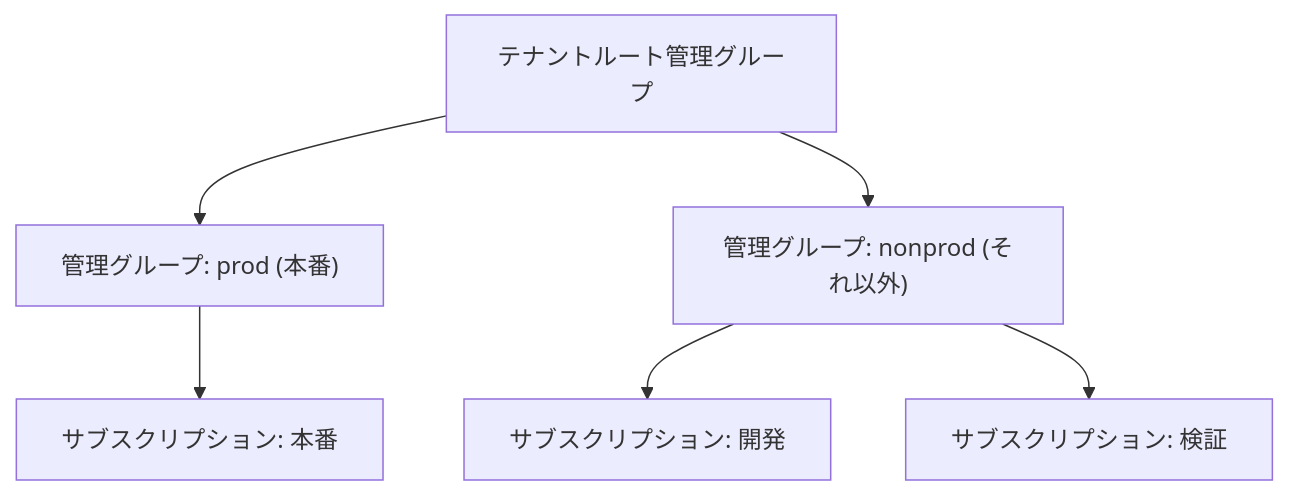
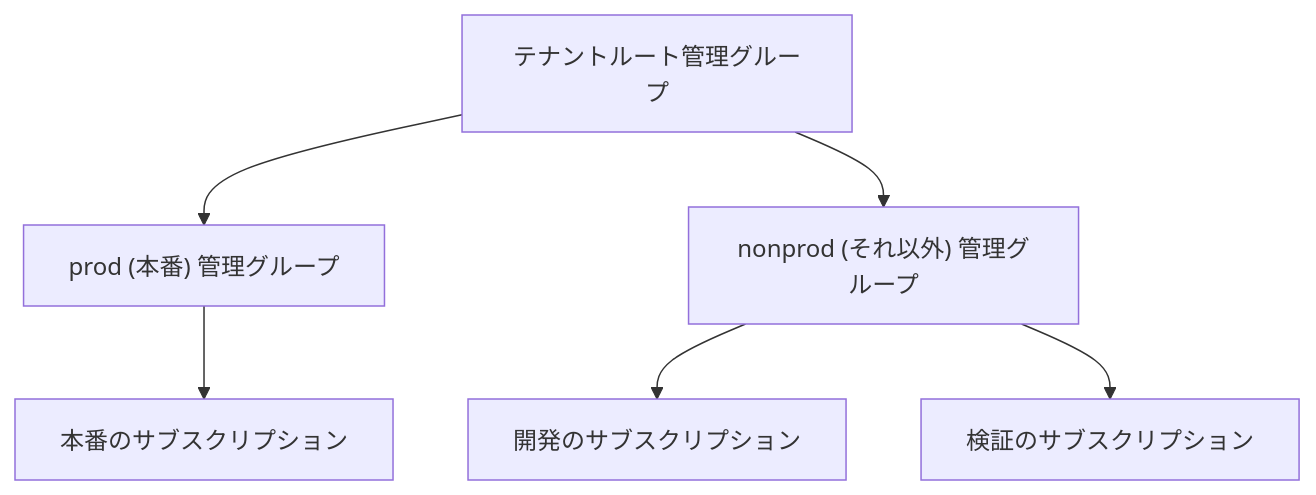
One commit to engineers-hub-ltd-in-house-project/azure-practice changed the second of 4 diagrams in manuscript/part1/02-management-groups.md. Above: the diagram before and after it, drawn with Mermaid. The commit also changed other lines of this file, not shown here.

First line of the commit message:
docs: 図のノードの種類表記を「名前 + 種類」の後置形式に統一する

````diff
--- a/manuscript/part1/02-management-groups.md
+++ b/manuscript/part1/02-management-groups.md
@@ -35,8 +35,8 @@
 ```mermaid
 flowchart TB
-  R["テナントルート管理グループ"] --> P["管理グループ: prod (本番)"]
-  R --> N["管理グループ: nonprod (それ以外)"]
-  P --> S1["サブスクリプション: 本番"]
-  N --> S2["サブスクリプション: 開発"]
-  N --> S3["サブスクリプション: 検証"]
+  R["テナントルート管理グループ"] --> P["prod (本番) 管理グループ"]
+  R --> N["nonprod (それ以外) 管理グループ"]
+  P --> S1["本番のサブスクリプション"]
+  N --> S2["開発のサブスクリプション"]
+  N --> S3["検証のサブスクリプション"]
 ```
````
